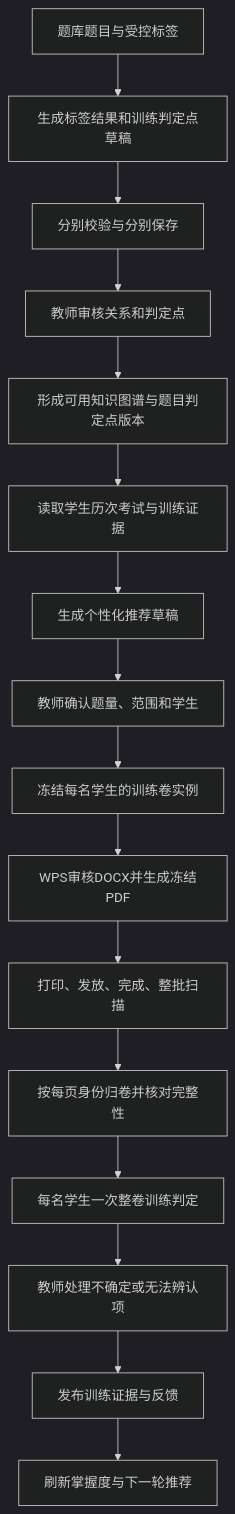
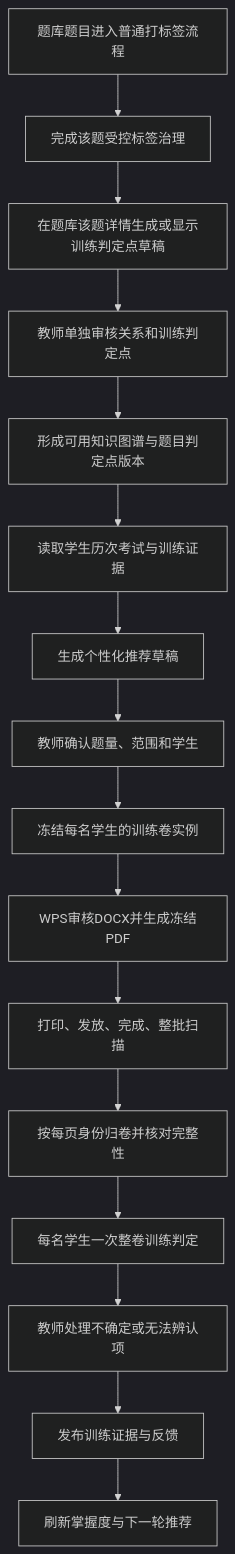
Before and after one commit to Hineni412/ai-grading-system-workstation: the diagram in docs/product/PERSONALIZED_TRAINING_LOOP.md, drawn with Mermaid (dark theme). The commit also changed other lines of this file and 5 other files, not shown here.

````diff
--- a/docs/product/PERSONALIZED_TRAINING_LOOP.md
+++ b/docs/product/PERSONALIZED_TRAINING_LOOP.md
@@ -145,18 +145,18 @@
 ```mermaid
 flowchart TD
-    A["题库题目与受控标签"] --> B["生成标签结果和训练判定点草稿"]
-    B --> C["分别校验与分别保存"]
-    C --> D["教师审核关系和判定点"]
+    A["题库题目进入普通打标签流程"] --> B["完成该题受控标签治理"]
+    B --> C["在题库该题详情生成或显示训练判定点草稿"]
+    C --> D["教师单独审核关系和训练判定点"]
     D --> E["形成可用知识图谱与题目判定点版本"]
     E --> F["读取学生历次考试与训练证据"]
     F --> G["生成个性化推荐草稿"]
     G --> H["教师确认题量、范围和学生"]
     H --> I["冻结每名学生的训练卷实例"]
     I --> J["WPS审核DOCX并生成冻结PDF"]
     J --> K["打印、发放、完成、整批扫描"]
     K --> L["按每页身份归卷并核对完整性"]
     L --> M["每名学生一次整卷训练判定"]
     M --> N["教师处理不确定或无法辨认项"]
     N --> O["发布训练证据与反馈"]
     O --> P["刷新掌握度与下一轮推荐"]
 ```
````
